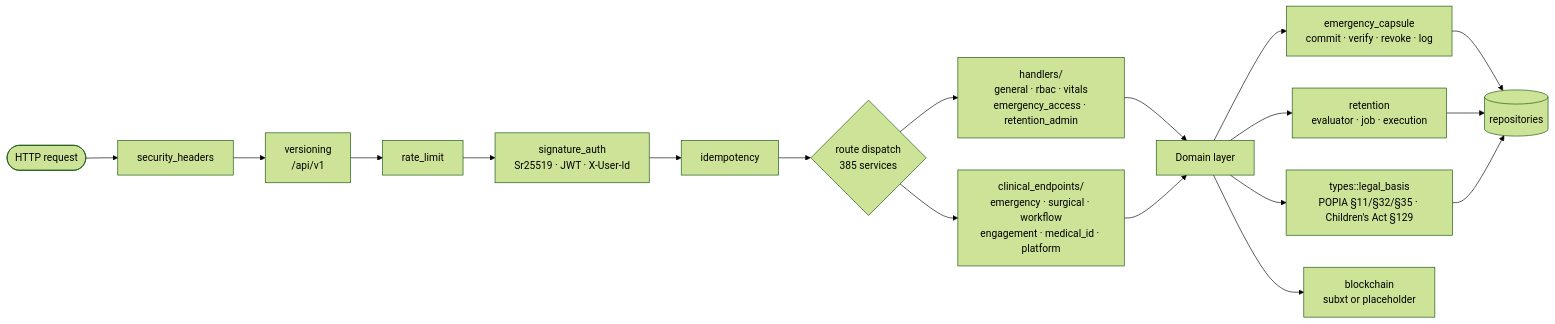
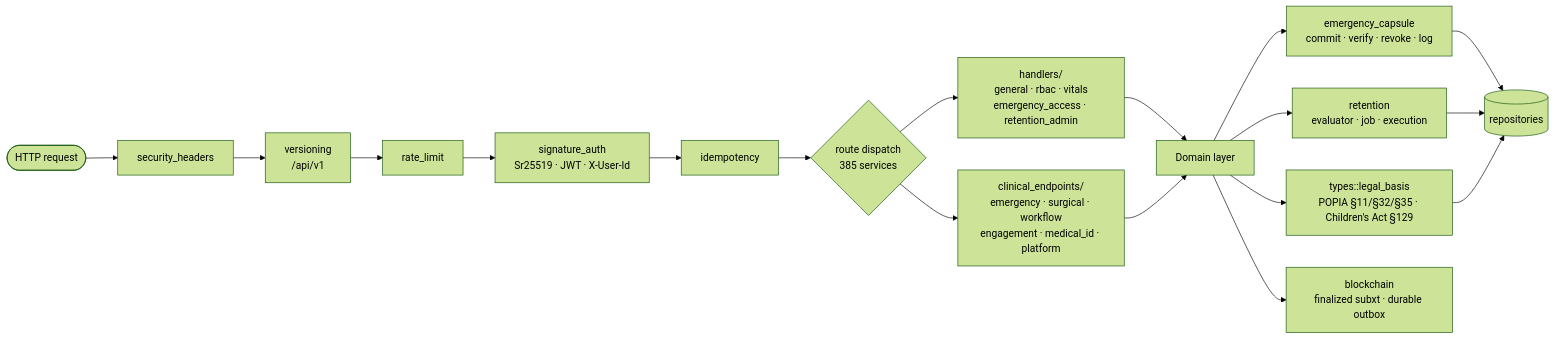
One commit to Lukau-Tech-Invasion/medichain changed the third of 9 diagrams in docs/architecture.md. Above: the diagram before and after it, drawn with Mermaid (forest theme). The commit also changed other lines of this file and 16 other files, not shown here.

````diff
--- a/docs/architecture.md
+++ b/docs/architecture.md
@@ -134,24 +133,24 @@
 ```mermaid
 graph LR
     REQ(["HTTP request"]) --> SEC["security_headers"]
     SEC --> VER["versioning<br/>/api/v1"]
     VER --> RL["rate_limit"]
     RL --> AUTH["signature_auth<br/>Sr25519 · JWT · X-User-Id"]
     AUTH --> IDEM["idempotency"]
     IDEM --> ROUTE{"route dispatch<br/>385 services"}
 
     ROUTE --> GEN["handlers/<br/>general · rbac · vitals<br/>emergency_access · retention_admin"]
     ROUTE --> CLIN["clinical_endpoints/<br/>emergency · surgical · workflow<br/>engagement · medical_id · platform"]
 
     GEN --> SVC["Domain layer"]
     CLIN --> SVC
 
     SVC --> EC["emergency_capsule<br/>commit · verify · revoke · log"]
     SVC --> RET["retention<br/>evaluator · job · execution"]
     SVC --> LB["types::legal_basis<br/>POPIA §11/§32/§35 · Children's Act §129"]
-    SVC --> BC["blockchain<br/>subxt or placeholder"]
+    SVC --> BC["blockchain<br/>finalized subxt · durable outbox"]
 
     EC --> RP[("repositories")]
     RET --> RP
     LB --> RP
 ```
````
